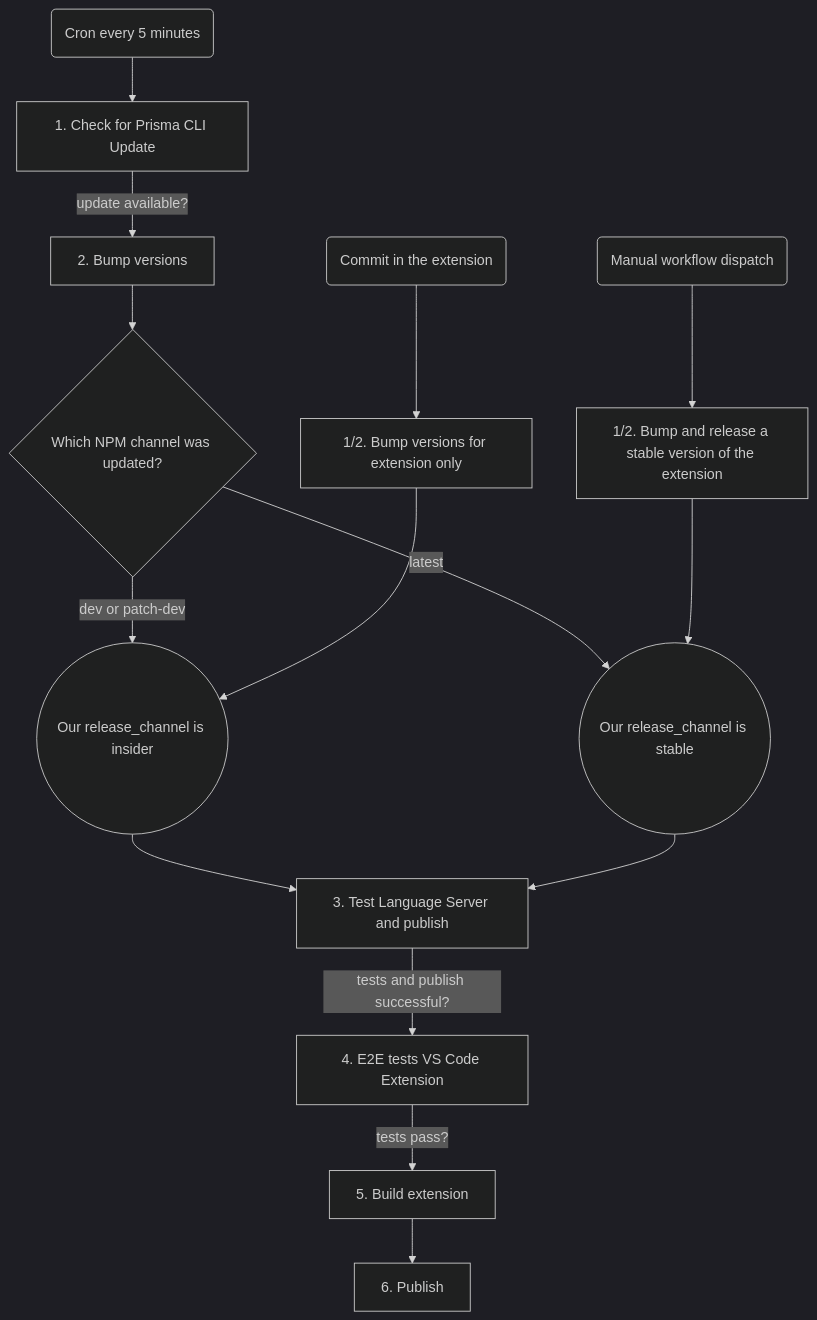
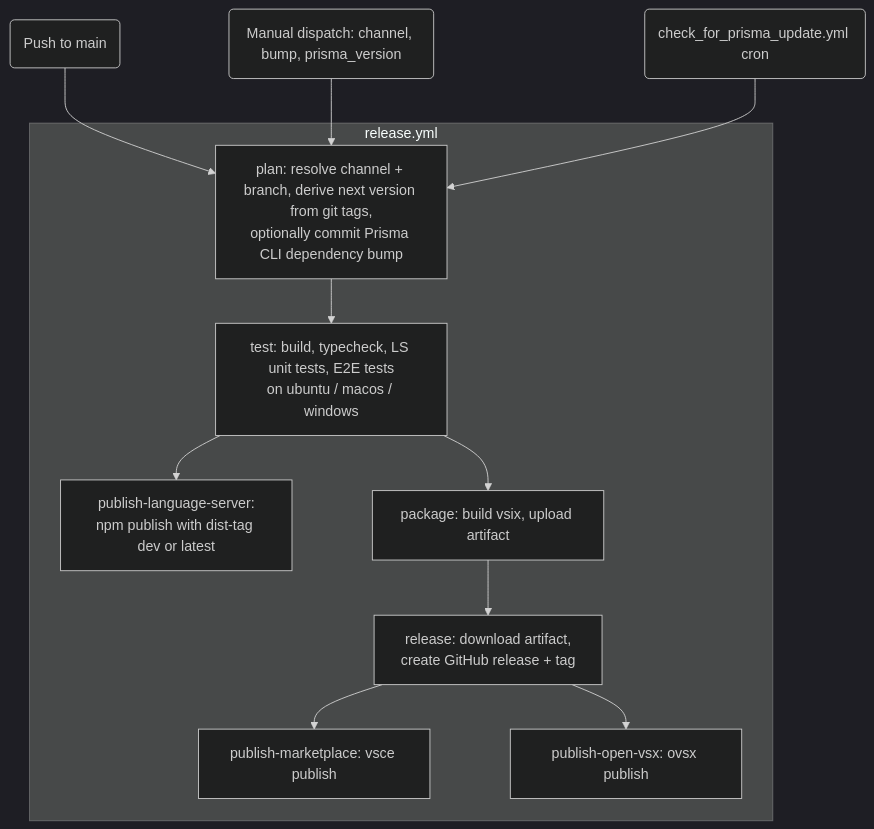
Before and after one commit to prisma/language-tools: the diagram in docs/ci-cd.md, drawn with Mermaid (dark theme). The commit also changed other lines of this file and 27 other files, not shown here.

````diff
--- a/docs/ci-cd.md
+++ b/docs/ci-cd.md
@@ -15,18 +22,16 @@
 ```mermaid
 graph TD
-    A(Cron every 5 minutes) --> B[1. Check for Prisma CLI Update]
-    B -->|update available?| C[2. Bump versions]
-    C -->D{Which NPM channel was updated?}
-    D -->|dev or patch-dev| E((Our release_channel is insider))
-    D -->|latest| F((Our release_channel is stable))
-    E --> G[3. Test Language Server and publish]
-    F --> G
-    G -->|tests and publish successful?| I[4. E2E tests VS Code Extension]
-    I -->|tests pass?| J[5. Build extension]
-    J --> K[6. Publish]
+    PUSH(Push to main) --> PLAN
+    MANUAL(Manual dispatch: channel, bump, prisma_version) --> PLAN
+    CRON(check_for_prisma_update.yml cron) --> PLAN
 
-    L(Commit in the extension) --> M[1/2. Bump versions for extension only]
-    M -->E
-    N(Manual workflow dispatch) --> O[1/2. Bump and release a stable version of the extension]
-    O -->F
+    subgraph release.yml
+      PLAN[plan: resolve channel + branch, derive next version from git tags,<br>optionally commit Prisma CLI dependency bump]
+      PLAN --> TEST[test: build, typecheck, LS unit tests, E2E tests<br>on ubuntu / macos / windows]
+      TEST --> LS[publish-language-server:<br>npm publish with dist-tag dev or latest]
+      TEST --> PKG[package: build vsix, upload artifact]
+      PKG --> REL[release: download artifact,<br>create GitHub release + tag]
+      REL --> MKT[publish-marketplace: vsce publish]
+      REL --> OVSX[publish-open-vsx: ovsx publish]
+    end
 ```
````
